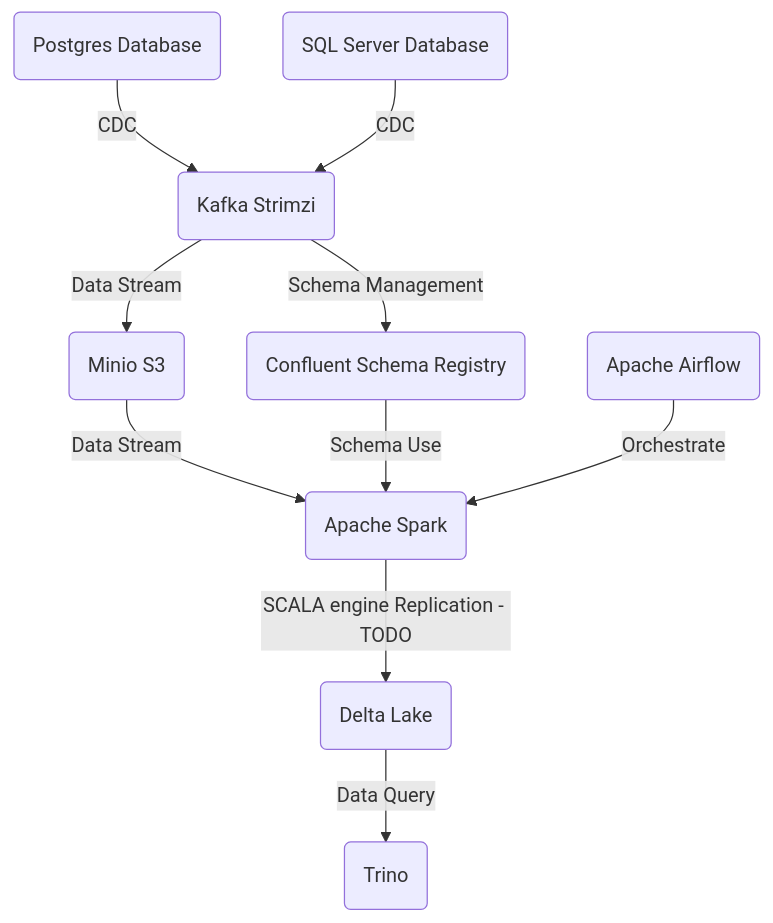
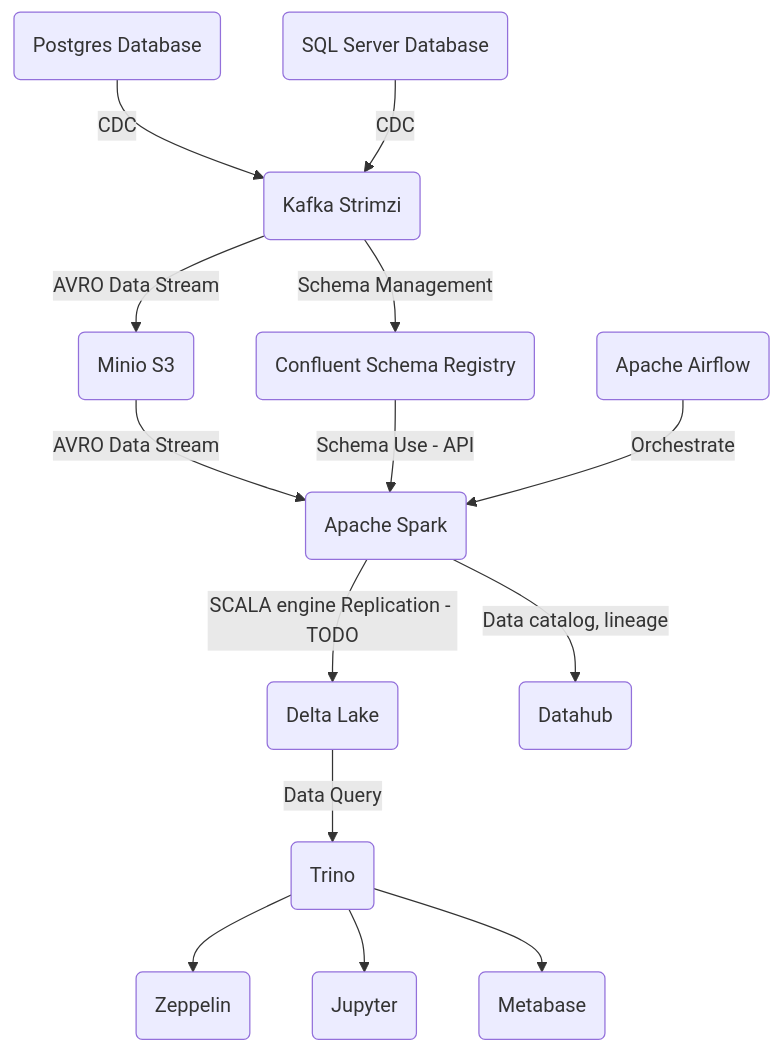
One commit to rogeriomm/labtools-k8s changed the diagram in README.md. Above: the diagram before and after it, drawn with Mermaid. The commit also changed other lines of this file, not shown here.

````diff
--- a/README.md
+++ b/README.md
@@ -13,16 +14,21 @@
 ```mermaid
 flowchart TD
     Postgres(Postgres Database) -->|CDC| Kafka(Kafka Strimzi)
     SQLServer(SQL Server Database) -->|CDC| Kafka
-    Kafka -->|Data Stream| ConsumerMinio(Minio S3)
-    ConsumerMinio -->|Data Stream| ConsumerSpark(Apache Spark)
+    Kafka -->|AVRO Data Stream| ConsumerMinio(Minio S3)
+    ConsumerMinio -->|AVRO Data Stream| ConsumerSpark(Apache Spark)
     ConsumerSpark --> |SCALA engine Replication - TODO| ConsumerDelta(Delta Lake)
+    ConsumerSpark --> |Data catalog, lineage| ConsumerDatahub(Datahub)
     Kafka -->|Schema Management| SchemaRegistry(Confluent Schema Registry)
-    SchemaRegistry -->|Schema Use| ConsumerSpark
+    SchemaRegistry -->|Schema Use - API| ConsumerSpark
     ConsumerDelta -->|Data Query| Trino(Trino)
     Airflow(Apache Airflow) -->|Orchestrate| ConsumerSpark
-
+    Trino --> Zeppelin(Zeppelin)
+    Trino --> Jupyter(Jupyter)
+    Trino --> Metabase(Metabase)
+    
     class Postgres,SQLServer database;
     class Kafka,SchemaRegistry kafka;
     class ConsumerMinio,ConsumerSpark,ConsumerDelta,Trino,Airflow consumers;
+    class Datahub datahub;
 ```
````
